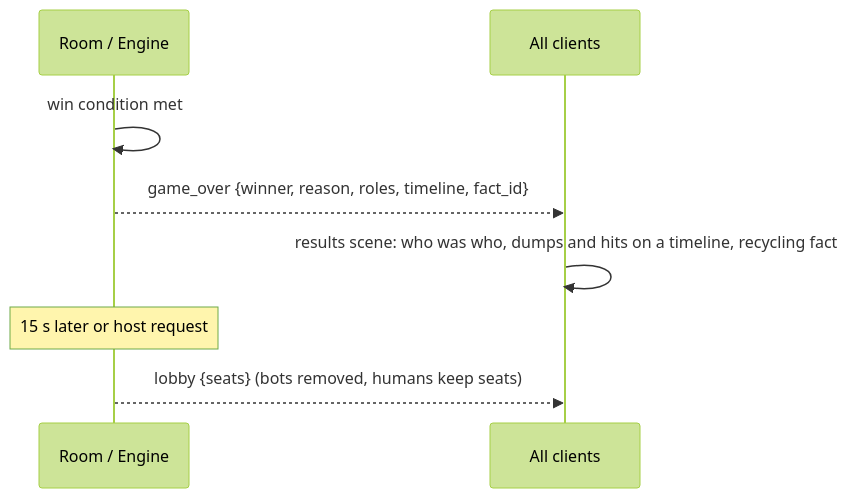
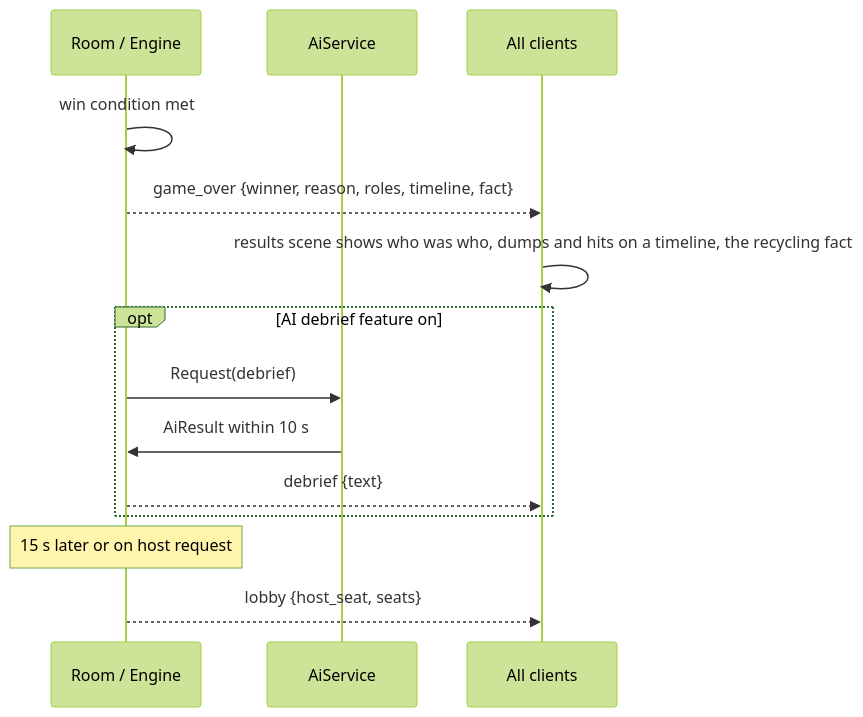
Diagram 11 of 11 in docs/architecture/05-sequences.md (Faouzi-Blibech/EcoSus-Uncycled), drawn with Mermaid (forest theme) before and after one commit. The commit also changed other lines of this file and 11 other files, not shown here.

Commit message:
docs: second design review (2026-11-14) for the architecture views and the design spec

````diff
--- a/docs/architecture/05-sequences.md
+++ b/docs/architecture/05-sequences.md
@@ -239,10 +250,16 @@
 ```mermaid
 sequenceDiagram
     participant R as Room / Engine
+    participant S as AiService
     participant All as All clients
     R->>R: win condition met
-    R-->>All: game_over {winner, reason, roles, timeline, fact_id}
-    All->>All: results scene: who was who, dumps and hits on a timeline, recycling fact
-    Note over R: 15 s later or host request
-    R-->>All: lobby {seats} (bots removed, humans keep seats)
+    R-->>All: game_over {winner, reason, roles, timeline, fact}
+    All->>All: results scene shows who was who, dumps and hits on a timeline, the recycling fact
+    opt AI debrief feature on
+        R->>S: Request(debrief)
+        S->>R: AiResult within 10 s
+        R-->>All: debrief {text}
+    end
+    Note over R: 15 s later or on host request
+    R-->>All: lobby {host_seat, seats}
 ```
````
